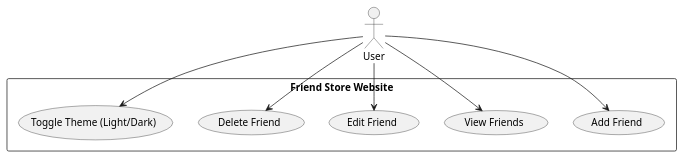
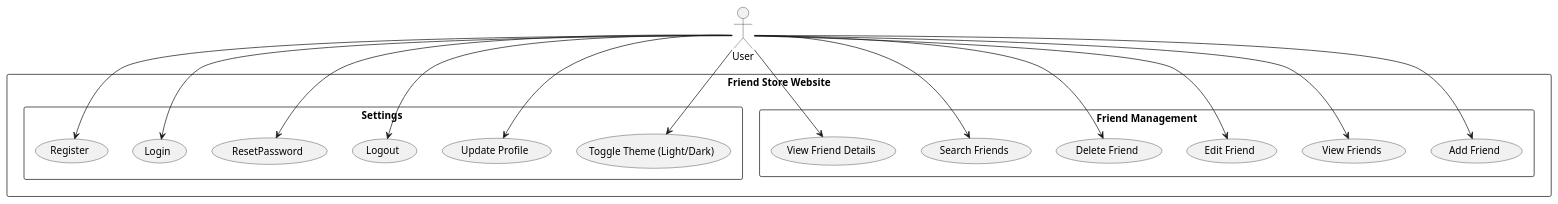
The diagram in Diagram/use_case_diagram.puml (Fimo0N/Friend-Store-Website), drawn with PlantUML before and after one commit. The commit also changed 1 other file, not shown here.

Commit message:
modified er and usecase

```diff
--- a/Diagram/use_case_diagram.puml
+++ b/Diagram/use_case_diagram.puml
@@ -1,19 +1,55 @@
 @startuml
-
 actor User as "User"
 
+
 rectangle "Friend Store Website" {
-    usecase AddFriend as "Add Friend"
-    usecase ViewFriends as "View Friends"
-    usecase EditFriend as "Edit Friend"
-    usecase DeleteFriend as "Delete Friend"
-    usecase ToggleTheme as "Toggle Theme (Light/Dark)"
+
+   
+
+    rectangle "Friend Management" {
+        usecase AddFriend as "Add Friend"
+        usecase ViewFriends as "View Friends"
+        usecase EditFriend as "Edit Friend"
+        usecase DeleteFriend as "Delete Friend"
+        usecase SearchFriends as "Search Friends"
+        usecase ViewFriendDetails as "View Friend Details"
+  
+       
+    }
+
+    rectangle "Settings " {
+        usecase ToggleTheme as "Toggle Theme (Light/Dark)"
+        usecase UpdateProfile as "Update Profile"
+        usecase Logout as "Logout"
+        usecase ResetPassword as " ResetPassword "
+        usecase Login as "Login"  
+        usecase Register as "Register"
+        
+        
+    }
+
+   
+    
+  
+    
 }
+
+
+
+
 
 User --> AddFriend
 User --> ViewFriends
 User --> EditFriend
 User --> DeleteFriend
+User --> SearchFriends
+User --> ViewFriendDetails
+User--> ResetPassword
+User--> Login
+User--> Logout
+User--> Register
+
+
 User --> ToggleTheme
-
+User --> UpdateProfile
 @enduml
```
